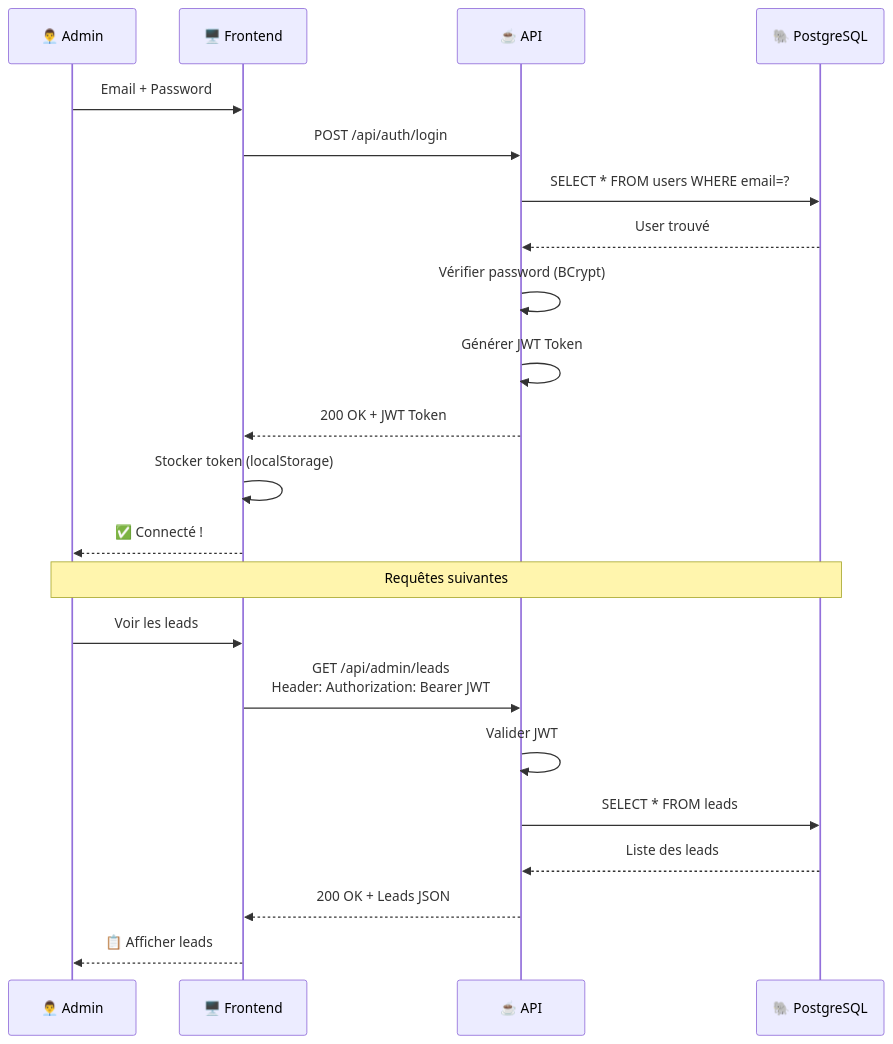
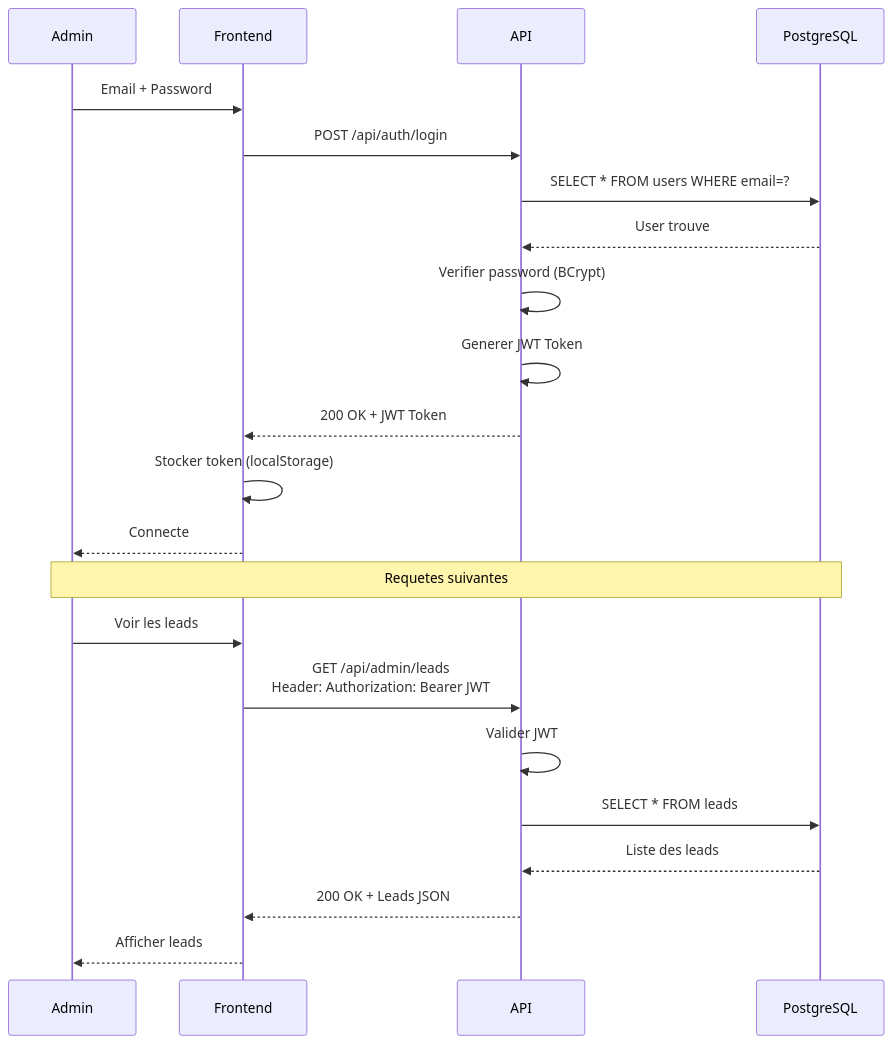
One commit to hrhouma1/inskillflow-docs-formation-spring-boot-projet-e-contact-backend changed the third of 9 diagrams in troubleshooting/20-deploiement-final-et-architecture-mermaid.md. Above: the diagram before and after it, drawn with Mermaid. The commit also changed other lines of this file, not shown here.

````diff
--- a/troubleshooting/20-deploiement-final-et-architecture-mermaid.md
+++ b/troubleshooting/20-deploiement-final-et-architecture-mermaid.md
@@ -109,27 +109,27 @@
 ```mermaid
 sequenceDiagram
-    participant A as 👨‍💼 Admin
-    participant F as 🖥️ Frontend
-    participant API as ☕ API
-    participant DB as 🐘 PostgreSQL
+    participant A as Admin
+    participant F as Frontend
+    participant API as API
+    participant DB as PostgreSQL
 
     A->>F: Email + Password
     F->>API: POST /api/auth/login
     API->>DB: SELECT * FROM users WHERE email=?
-    DB-->>API: User trouvé
-    API->>API: Vérifier password (BCrypt)
-    API->>API: Générer JWT Token
+    DB-->>API: User trouve
+    API->>API: Verifier password (BCrypt)
+    API->>API: Generer JWT Token
     API-->>F: 200 OK + JWT Token
     F->>F: Stocker token (localStorage)
-    F-->>A: ✅ Connecté !
+    F-->>A: Connecte
 
-    Note over A,DB: Requêtes suivantes
+    Note over A,DB: Requetes suivantes
 
     A->>F: Voir les leads
     F->>API: GET /api/admin/leads<br/>Header: Authorization: Bearer JWT
     API->>API: Valider JWT
     API->>DB: SELECT * FROM leads
     DB-->>API: Liste des leads
     API-->>F: 200 OK + Leads JSON
-    F-->>A: 📋 Afficher leads
+    F-->>A: Afficher leads
 ```
````
